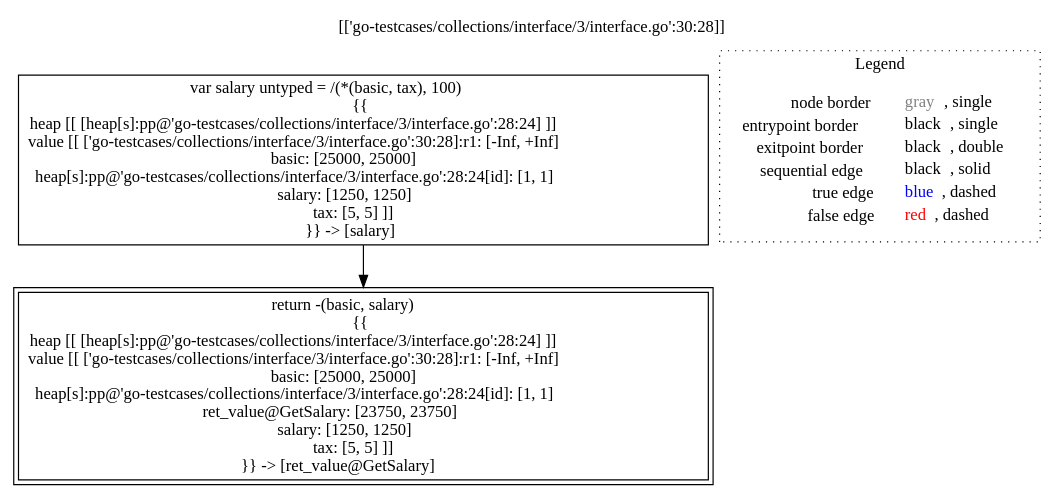
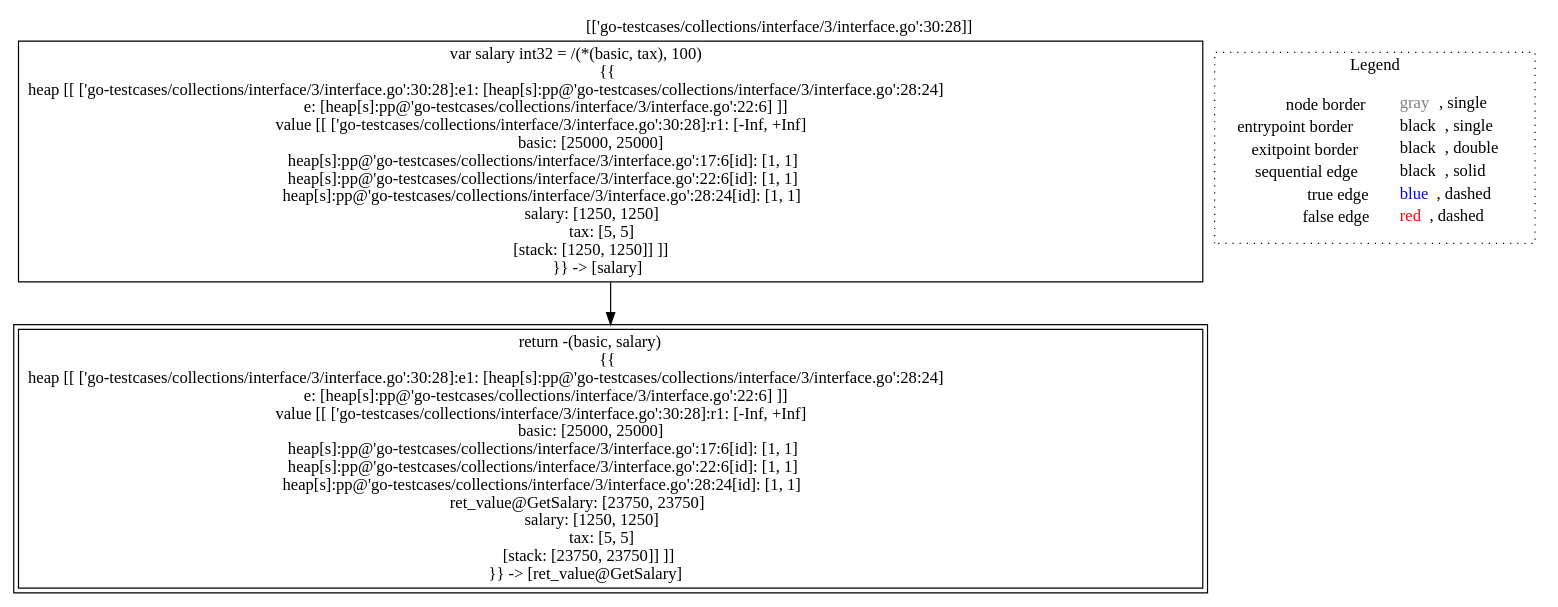
The diagram in go-lisa/go-testcases/collections/interface/3/analysis___961665227_int_Emp.GetSalary(Emp_e,_int_basic,_int_tax).dot (lisa-analyzer/go-lisa), drawn with Graphviz before and after one commit. The commit also changed 35 other files, not shown here.

Commit message:
Fix bug in GoPointBasedHeap (types of the fresh allocation sites). Fix and refactor tests on heaps and collections

```diff
--- a/go-lisa/go-testcases/collections/interface/3/analysis___961665227_int_Emp.GetSalary(Emp_e,_int_basic,_int_tax).dot
+++ b/go-lisa/go-testcases/collections/interface/3/analysis___961665227_int_Emp.GetSalary(Emp_e,_int_basic,_int_tax).dot
@@ -1,14 +1,14 @@
 digraph {
 	labelloc="t";
 	label="[['go-testcases/collections/interface/3/interface.go':30:28]]";
-	"node0" [shape="rect",color="black",label=<var salary untyped = /(*(basic, tax), 100)<BR/>{{<BR/>heap [[ [heap[s]:pp@'go-testcases/collections/interface/3/interface.go':28:24] ]]<BR/>value [[ ['go-testcases/collections/interface/3/interface.go':30:28]:r1: [-Inf, +Inf]<BR/>basic: [25000, 25000]<BR/>heap[s]:pp@'go-testcases/collections/interface/3/interface.go':28:24[id]: [1, 1]<BR/>salary: [1250, 1250]<BR/>tax: [5, 5] ]]<BR/>}} -&gt; [salary]>];
-	"node1" [shape="rect",color="black",peripheries="2",label=<return -(basic, salary)<BR/>{{<BR/>heap [[ [heap[s]:pp@'go-testcases/collections/interface/3/interface.go':28:24] ]]<BR/>value [[ ['go-testcases/collections/interface/3/interface.go':30:28]:r1: [-Inf, +Inf]<BR/>basic: [25000, 25000]<BR/>heap[s]:pp@'go-testcases/collections/interface/3/interface.go':28:24[id]: [1, 1]<BR/>ret_value@GetSalary: [23750, 23750]<BR/>salary: [1250, 1250]<BR/>tax: [5, 5] ]]<BR/>}} -&gt; [ret_value@GetSalary]>];
+	"node0" [shape="rect",color="black",label=<var salary int32 = /(*(basic, tax), 100)<BR/>{{<BR/>heap [[ ['go-testcases/collections/interface/3/interface.go':30:28]:e1: [heap[s]:pp@'go-testcases/collections/interface/3/interface.go':28:24]<BR/>e: [heap[s]:pp@'go-testcases/collections/interface/3/interface.go':22:6] ]]<BR/>value [[ ['go-testcases/collections/interface/3/interface.go':30:28]:r1: [-Inf, +Inf]<BR/>basic: [25000, 25000]<BR/>heap[s]:pp@'go-testcases/collections/interface/3/interface.go':17:6[id]: [1, 1]<BR/>heap[s]:pp@'go-testcases/collections/interface/3/interface.go':22:6[id]: [1, 1]<BR/>heap[s]:pp@'go-testcases/collections/interface/3/interface.go':28:24[id]: [1, 1]<BR/>salary: [1250, 1250]<BR/>tax: [5, 5]<BR/>[stack: [1250, 1250]] ]]<BR/>}} -&gt; [salary]>];
+	"node1" [shape="rect",color="black",peripheries="2",label=<return -(basic, salary)<BR/>{{<BR/>heap [[ ['go-testcases/collections/interface/3/interface.go':30:28]:e1: [heap[s]:pp@'go-testcases/collections/interface/3/interface.go':28:24]<BR/>e: [heap[s]:pp@'go-testcases/collections/interface/3/interface.go':22:6] ]]<BR/>value [[ ['go-testcases/collections/interface/3/interface.go':30:28]:r1: [-Inf, +Inf]<BR/>basic: [25000, 25000]<BR/>heap[s]:pp@'go-testcases/collections/interface/3/interface.go':17:6[id]: [1, 1]<BR/>heap[s]:pp@'go-testcases/collections/interface/3/interface.go':22:6[id]: [1, 1]<BR/>heap[s]:pp@'go-testcases/collections/interface/3/interface.go':28:24[id]: [1, 1]<BR/>ret_value@GetSalary: [23750, 23750]<BR/>salary: [1250, 1250]<BR/>tax: [5, 5]<BR/>[stack: [23750, 23750]] ]]<BR/>}} -&gt; [ret_value@GetSalary]>];
 	"node0" -> "node1" [color="black"];
 subgraph cluster_legend {
 	label="Legend";
 	style=dotted;
 	node [shape=plaintext];
 	"legend" [label=<<table border="0" cellpadding="2" cellspacing="0" cellborder="0"><tr><td align="right">node border&nbsp;</td><td align="left"><font color="gray">gray</font>, single</td></tr><tr><td align="right">entrypoint border&nbsp;</td><td align="left"><font color="black">black</font>, single</td></tr><tr><td align="right">exitpoint border&nbsp;</td><td align="left"><font color="black">black</font>, double</td></tr><tr><td align="right">sequential edge&nbsp;</td><td align="left"><font color="black">black</font>, solid</td></tr><tr><td align="right">true edge&nbsp;</td><td align="left"><font color="blue">blue</font>, dashed</td></tr><tr><td align="right">false edge&nbsp;</td><td align="left"><font color="red">red</font>, dashed</td></tr></table>>];
 }
 
 }
```
